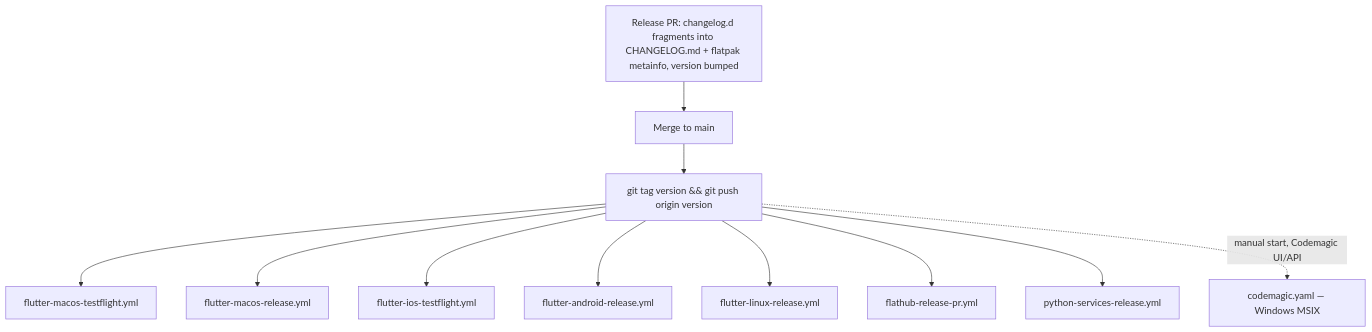
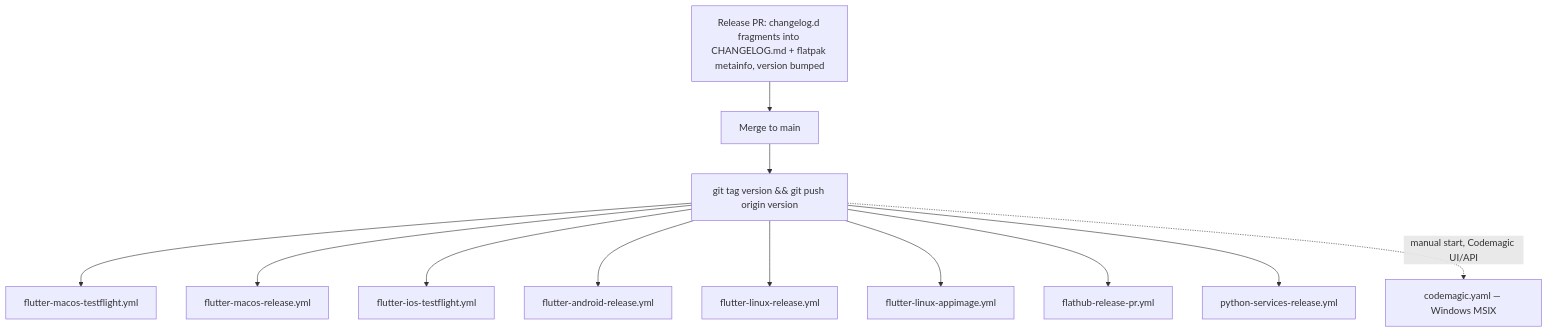
Before and after one commit to matthiasn/lotti: the first of 2 diagrams in knowledge/architecture/platform-and-release.md, drawn with Mermaid. The commit also changed other lines of this file and 12 other files, not shown here.

````diff
--- a/knowledge/architecture/platform-and-release.md
+++ b/knowledge/architecture/platform-and-release.md
@@ -179,13 +187,14 @@
 ```mermaid
 flowchart TD
   Assemble["Release PR: changelog.d fragments into CHANGELOG.md + flatpak metainfo, version bumped"] --> Merge["Merge to main"]
   Merge --> Tag["git tag version && git push origin version"]
   Tag --> A["flutter-macos-testflight.yml"]
   Tag --> B["flutter-macos-release.yml"]
   Tag --> C["flutter-ios-testflight.yml"]
   Tag --> D["flutter-android-release.yml"]
   Tag --> E["flutter-linux-release.yml"]
+  Tag --> I["flutter-linux-appimage.yml"]
   Tag --> F["flathub-release-pr.yml"]
   Tag --> G["python-services-release.yml"]
   Tag -. "manual start, Codemagic UI/API" .-> H["codemagic.yaml — Windows MSIX"]
 ```
````
